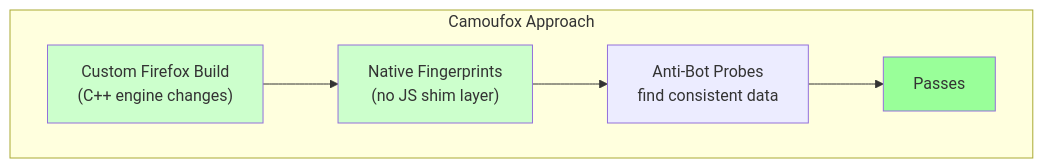
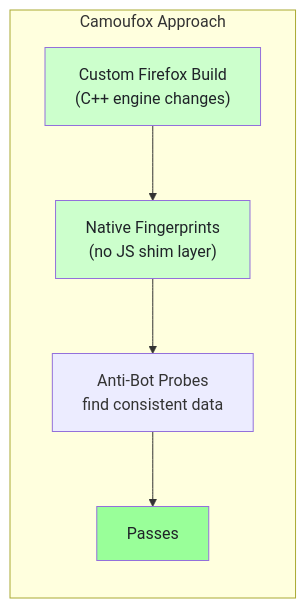
Before and after one commit to bytetunnels/bytetunnels.github.com: the second of 3 diagrams in _posts/2026-02-20-camoufox-tutorial-setting-up-fingerprint-resistant-firefox.md, drawn with Mermaid. The commit also changed other lines of this file and 118 other files, not shown here.

Commit message:
feat: improve diagram styling and compact wide flowcharts

````diff
--- a/_posts/2026-02-20-camoufox-tutorial-setting-up-fingerprint-resistant-firefox.md
+++ b/_posts/2026-02-20-camoufox-tutorial-setting-up-fingerprint-resistant-firefox.md
@@ -36,12 +37,13 @@
 ```mermaid
 graph TD
     subgraph "Camoufox Approach"
-        F["Custom Firefox Build<br>(C++ engine changes)"] --> G["Native Fingerprints<br>(no JS shim layer)"]
-        G --> H["Anti-Bot Probes<br>find consistent data"]
+        direction TB
+        F["Custom Firefox Build<br/>(C++ engine changes)"] --> G["Native Fingerprints<br/>(no JS shim layer)"]
+        G --> H["Anti-Bot Probes<br/>find consistent data"]
         H --> I["Passes"]
     end
 
-    style F fill:#ccffcc
-    style G fill:#ccffcc
-    style I fill:#99ff99
+    style F fill:#ccffcc,color:#1f2328
+    style G fill:#ccffcc,color:#1f2328
+    style I fill:#99ff99,color:#1f2328
 ```
````
